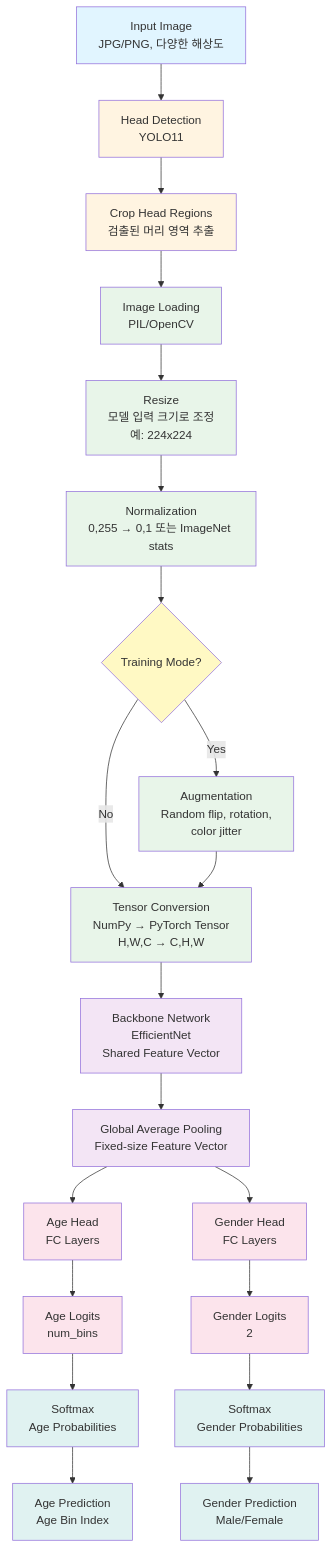
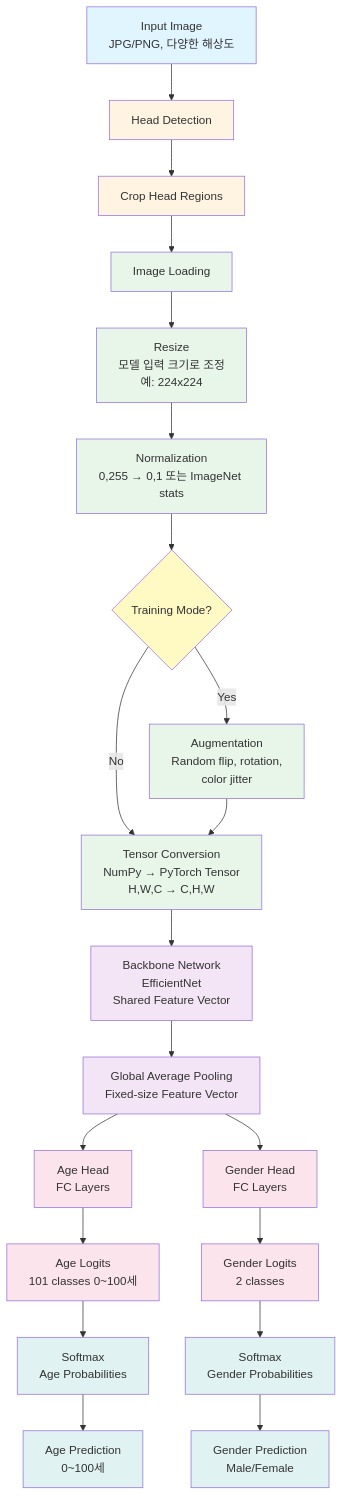
Before and after one commit to yong-again/portfolio: the first of 4 diagrams in age_gender_estimation/docs/pipeline_diagram.md, drawn with Mermaid. The commit also changed other lines of this file and 12 other files, not shown here.

Commit message:
[EDIT] phone_detect, age_gender_estimation

````diff
--- a/age_gender_estimation/docs/pipeline_diagram.md
+++ b/age_gender_estimation/docs/pipeline_diagram.md
@@ -5,42 +5,42 @@
 ```mermaid
 graph TD
-    A[Input Image<br/>JPG/PNG, 다양한 해상도] --> B[Head Detection<br/>YOLO11]
-    B --> C[Crop Head Regions<br/>검출된 머리 영역 추출]
-    C --> D[Image Loading<br/>PIL/OpenCV]
+    A[Input Image<br/>JPG/PNG, 다양한 해상도] --> B[Head Detection]
+    B --> C[Crop Head Regions]
+    C --> D[Image Loading]
     D --> E[Resize<br/>모델 입력 크기로 조정<br/>예: 224x224]
     E --> F[Normalization<br/>0,255 → 0,1 또는 ImageNet stats]
     F --> G{Training Mode?}
     G -->|Yes| H[Augmentation<br/>Random flip, rotation,<br/>color jitter]
     G -->|No| I[Tensor Conversion<br/>NumPy → PyTorch Tensor<br/>H,W,C → C,H,W]
     H --> I
     I --> J[Backbone Network<br/>EfficientNet<br/>Shared Feature Vector]
     J --> K[Global Average Pooling<br/>Fixed-size Feature Vector]
     K --> L[Age Head<br/>FC Layers]
     K --> M[Gender Head<br/>FC Layers]
-    L --> N[Age Logits<br/>num_bins]
-    M --> O[Gender Logits<br/>2]
+    L --> N[Age Logits<br/>101 classes 0~100세]
+    M --> O[Gender Logits<br/>2 classes]
     N --> P[Softmax<br/>Age Probabilities]
     O --> Q[Softmax<br/>Gender Probabilities]
-    P --> R[Age Prediction<br/>Age Bin Index]
+    P --> R[Age Prediction<br/>0~100세]
     Q --> S[Gender Prediction<br/>Male/Female]
     
     style A fill:#e1f5ff
     style B fill:#fff4e1
     style C fill:#fff4e1
     style D fill:#e8f5e9
     style E fill:#e8f5e9
     style F fill:#e8f5e9
     style G fill:#fff9c4
     style H fill:#e8f5e9
     style I fill:#e8f5e9
     style J fill:#f3e5f5
     style K fill:#f3e5f5
     style L fill:#fce4ec
     style M fill:#fce4ec
     style N fill:#fce4ec
     style O fill:#fce4ec
     style P fill:#e0f2f1
     style Q fill:#e0f2f1
     style R fill:#e0f2f1
     style S fill:#e0f2f1
 ```
````
